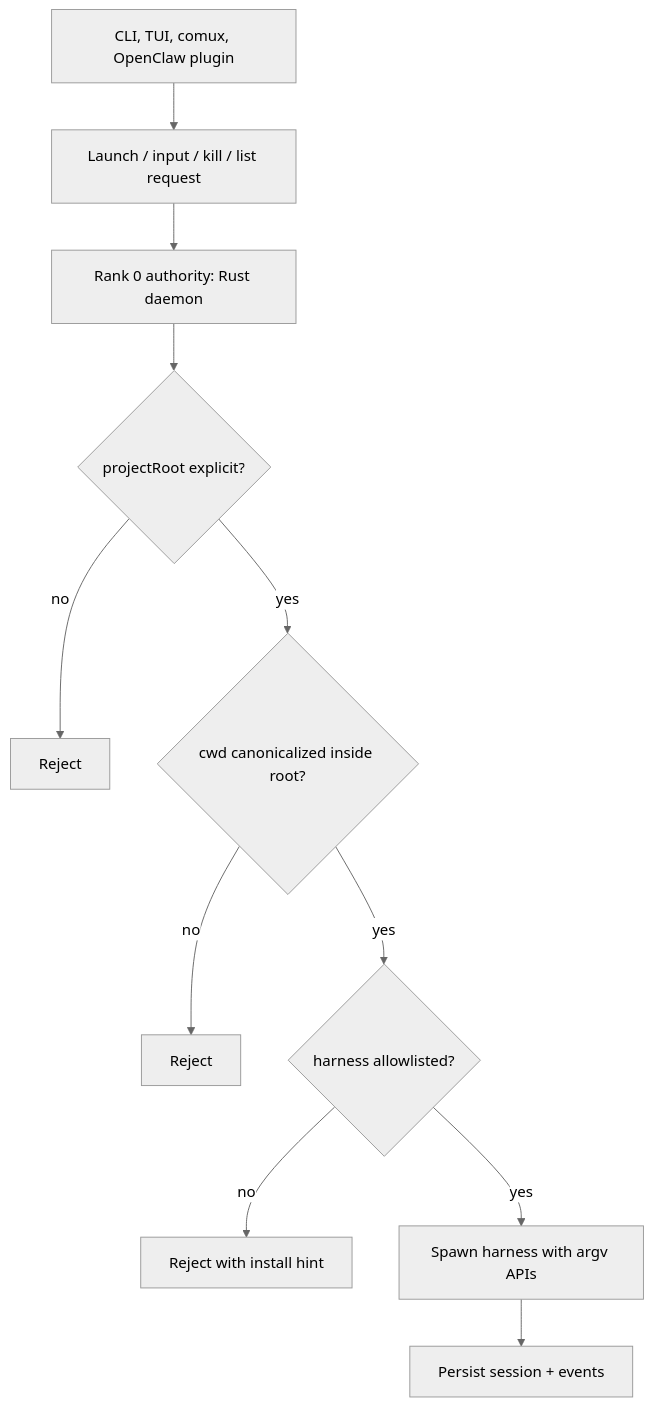
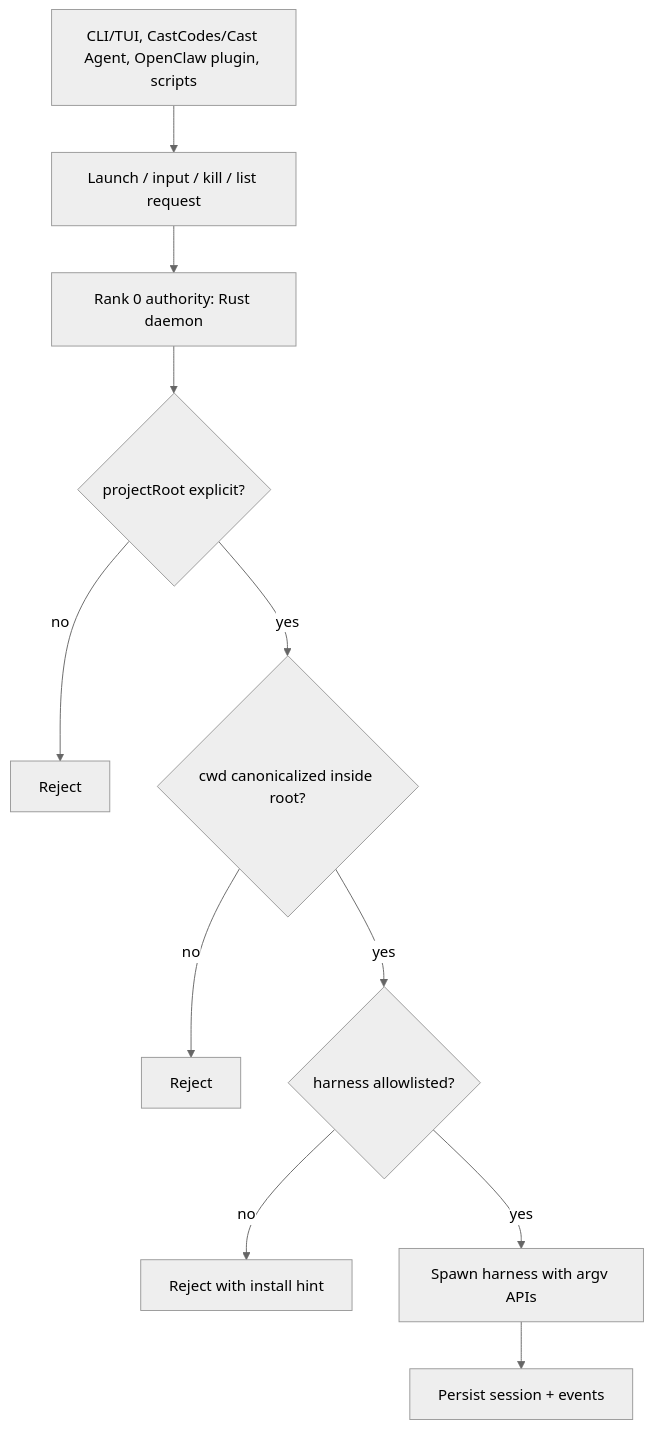
Before and after one commit to OpenCoven/coven-docs: the third of 4 diagrams in content/docs/guide/architecture.mdx, drawn with Mermaid (neutral theme). The commit also changed other lines of this file and 19 other files, not shown here.

Commit message:
docs: align docs around CastCodes architecture

````diff
--- a/content/docs/guide/architecture.mdx
+++ b/content/docs/guide/architecture.mdx
@@ -92,13 +98,13 @@
 ```mermaid
 flowchart TD
-  Client[CLI, TUI, comux, OpenClaw plugin] --> Request[Launch / input / kill / list request]
+  Client[CLI/TUI, CastCodes/Cast Agent, OpenClaw plugin, scripts] --> Request[Launch / input / kill / list request]
   Request --> Rust[Rank 0 authority: Rust daemon]
   Rust --> RootCheck{projectRoot explicit?}
   RootCheck -- no --> RejectRoot[Reject]
   RootCheck -- yes --> CwdCheck{cwd canonicalized inside root?}
   CwdCheck -- no --> RejectCwd[Reject]
   CwdCheck -- yes --> HarnessCheck{harness allowlisted?}
   HarnessCheck -- no --> RejectHarness[Reject with install hint]
   HarnessCheck -- yes --> Spawn[Spawn harness with argv APIs]
   Spawn --> Ledger[Persist session + events]
 ```
````
